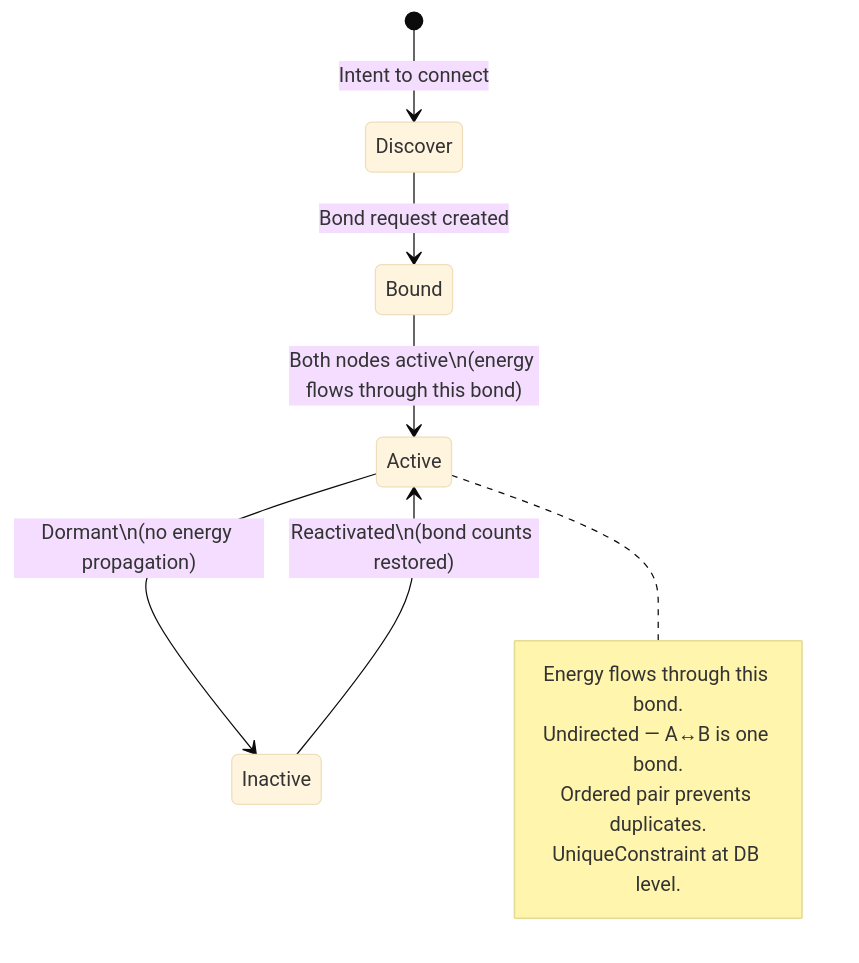
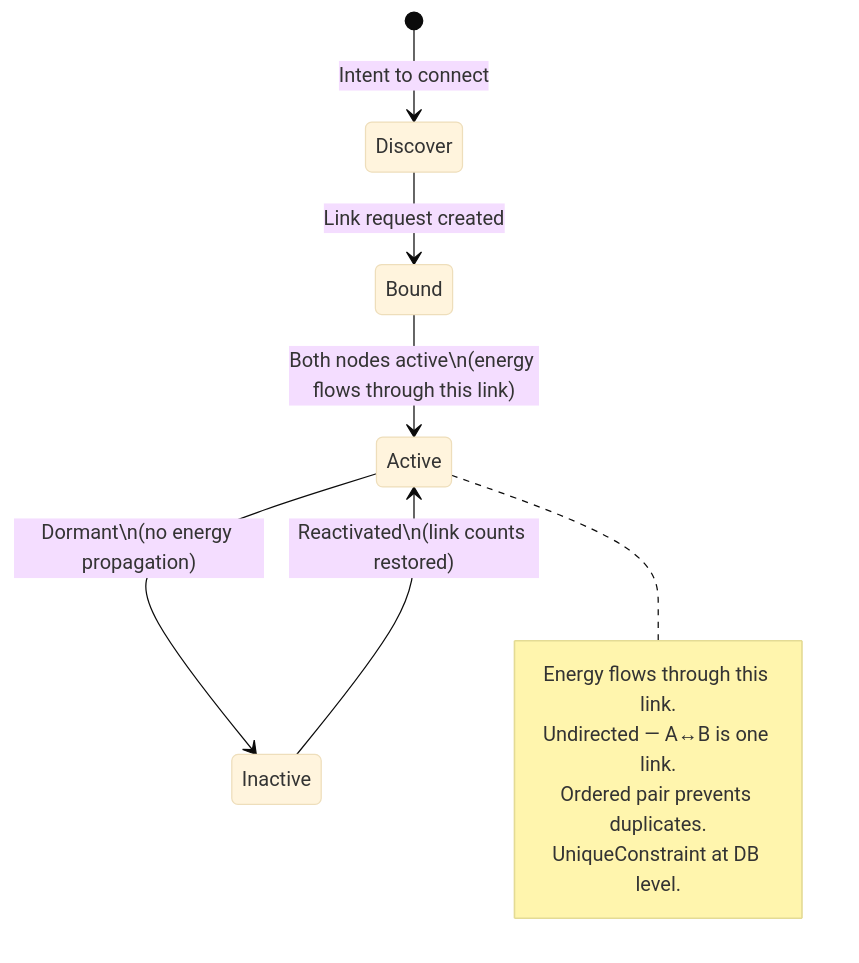
The fifth of 13 diagrams in README.md (FTHTrading/Helios), drawn with Mermaid (base theme) before and after one commit. The commit also changed other lines of this file and 26 other files, not shown here.

````diff
--- a/README.md
+++ b/README.md
@@ -422,15 +422,15 @@
 ```mermaid
 stateDiagram-v2
     [*] --> Discover: Intent to connect
-    Discover --> Bound: Bond request created
-    Bound --> Active: Both nodes active\n(energy flows through this bond)
+    Discover --> Bound: Link request created
+    Bound --> Active: Both nodes active\n(energy flows through this link)
     Active --> Inactive: Dormant\n(no energy propagation)
-    Inactive --> Active: Reactivated\n(bond counts restored)
+    Inactive --> Active: Reactivated\n(link counts restored)
 
     note right of Active
-        Energy flows through this bond.
-        Undirected — A↔B is one bond.
+        Energy flows through this link.
+        Undirected — A↔B is one link.
         Ordered pair prevents duplicates.
         UniqueConstraint at DB level.
     end note
 ```
````
